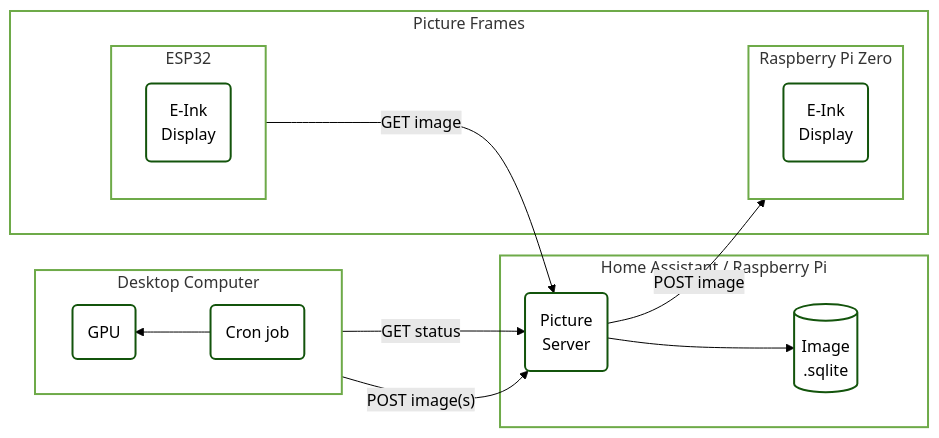
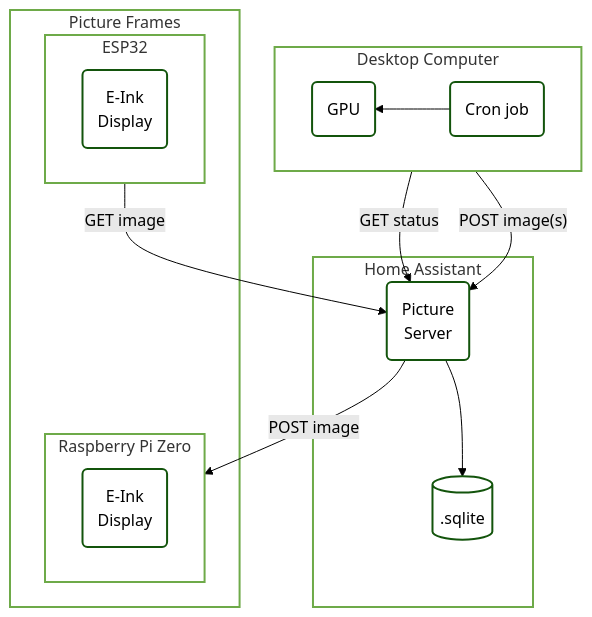
The diagram in readme.md (charnley/eink-art-gallery), drawn with Mermaid (forest theme) before and after one commit.

````diff
--- a/readme.md
+++ b/readme.md
@@ -11,38 +11,38 @@
 ```mermaid
-graph LR
+graph TD
 
     subgraph Desktop [Desktop Computer]
       direction RL
       gpucron@{ shape: rounded, label: "Cron job" }
       GPU@{ shape: rounded, label: "GPU" }
       gpucron --> GPU
     end
 
-    subgraph HA [Home Assistant / Raspberry Pi]
-      database@{ shape: db, label: "Image\n.sqlite" }
+    subgraph HA [Home Assistant]
+      database@{ shape: db, label: ".sqlite" }
       canvasserver@{ shape: rounded, label: "Picture\nServer" }
       canvasserver --> database
     end
 
     subgraph pictures [Picture Frames]
 
         subgraph esp32 [ESP32]
             esp32eink@{ shape: rounded, label: "E-Ink\nDisplay" }
         end
         subgraph rpi [Raspberry Pi Zero]
             rpieink@{ shape: rounded, label: "E-Ink\nDisplay" }
         end
 
+        canvasserver -- "POST image" --> rpi
+        esp32 -- GET image --> canvasserver
+
     end
-
-    canvasserver -- "POST image" --> rpi
-    esp32 -- GET image --> canvasserver
 
     gpucron -- "GET status" --> canvasserver
     gpucron -- POST image(s) --> canvasserver
    
     classDef default stroke-width:2px;
     classDef default fill: transparent;
     classDef ParentGraph fill: transparent, stroke-width:2px;
     class pictures,HA,Desktop,esp32,rpi ParentGraph
 ```
````
